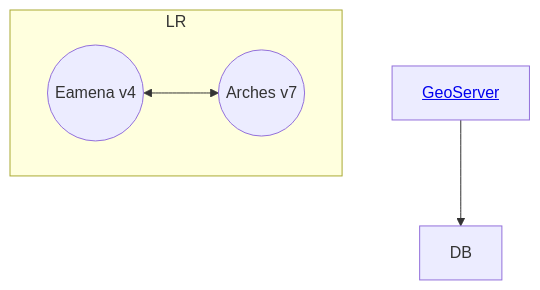
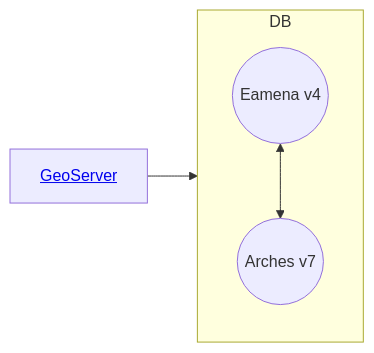
The first of 2 diagrams in training/README.md (eamena-project/eamena-arches-dev), drawn with Mermaid before and after one commit.

Commit message:
by theme

````diff
--- a/training/README.md
+++ b/training/README.md
@@ -10,7 +10,7 @@
 ```mermaid
-flowchart
-  subgraph LR
+flowchart LR
+  subgraph DB
   id1((Eamena v4))<-->id2((Arches v7));
   end
   id3[<a href='https://github.com/eamena-project/eamena-arches-dev/tree/main/geoserver'>GeoServer</a>]-->DB;
 ```
````
